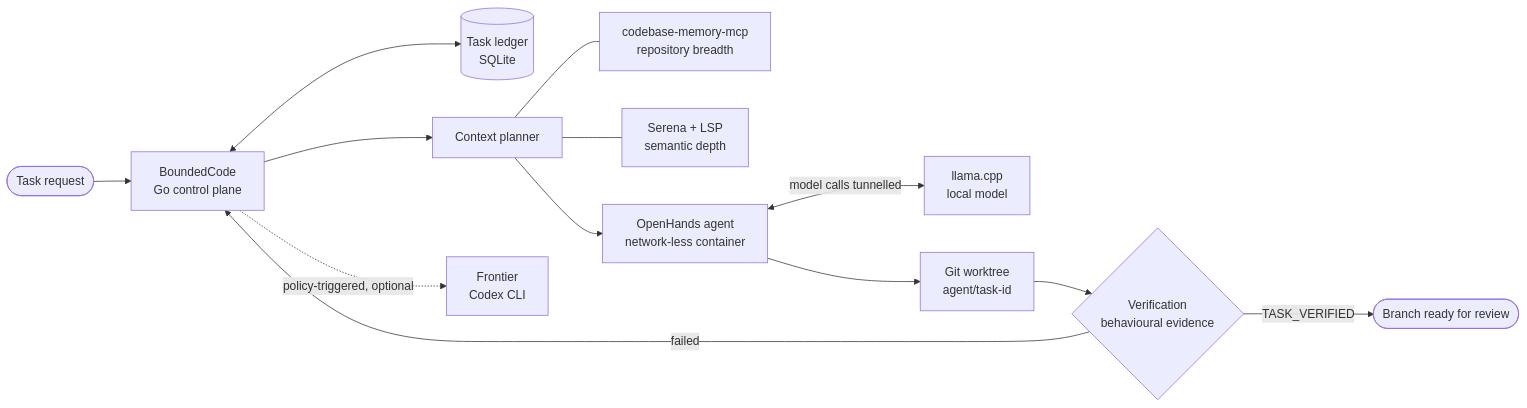
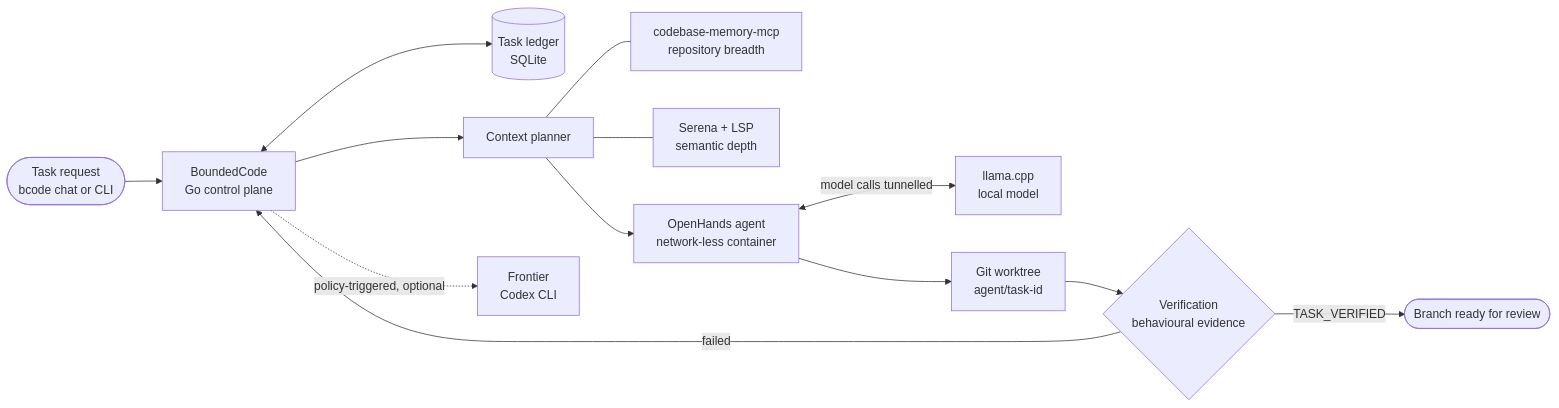
One commit to akynte/boundedcode changed the diagram in README.md. Above: the diagram before and after it, drawn with Mermaid. The commit also changed other lines of this file and 9 other files, not shown here.

First line of the commit message:
docs: bcode install, chat and setup; release notes for v0.1.0-alpha.2

````diff
--- a/README.md
+++ b/README.md
@@ -126,15 +126,15 @@
 ```mermaid
 flowchart LR
-    U([Task request]) --> CP[BoundedCode<br/>Go control plane]
+    U([Task request<br/>bcode chat or CLI]) --> CP[BoundedCode<br/>Go control plane]
     CP <--> L[(Task ledger<br/>SQLite)]
     CP --> P[Context planner]
     P --- CM[codebase-memory-mcp<br/>repository breadth]
     P --- SE[Serena + LSP<br/>semantic depth]
     P --> A[OpenHands agent<br/>network-less container]
     A <-->|model calls tunnelled| M[llama.cpp<br/>local model]
     A --> W[Git worktree<br/>agent/task-id]
     W --> V{Verification<br/>behavioural evidence}
     V -->|TASK_VERIFIED| R([Branch ready for review])
     V -->|failed| CP
     CP -.->|policy-triggered, optional| F[Frontier<br/>Codex CLI]
 ```
````
